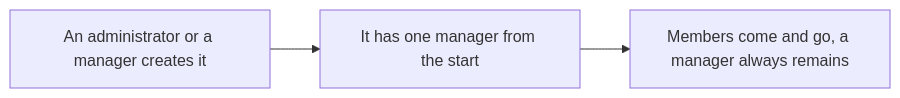
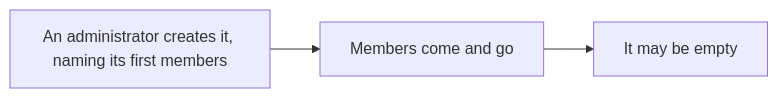
The second of 2 diagrams in docs/domain/ontology/OBJ-P1-project.md (Thommans-Playground/playground-keycloak), drawn with Mermaid before and after one commit. The commit also changed other lines of this file and 13 other files, not shown here.

````diff
--- a/docs/domain/ontology/OBJ-P1-project.md
+++ b/docs/domain/ontology/OBJ-P1-project.md
@@ -72,5 +69,5 @@
 ```mermaid
 flowchart LR
-    A[An administrator or a manager creates it] --> M[It has one manager from the start]
-    M --> U[Members come and go, a manager always remains]
+    A[An administrator creates it, naming its first members] --> M[Members come and go]
+    M --> E[It may be empty]
 ```
````
